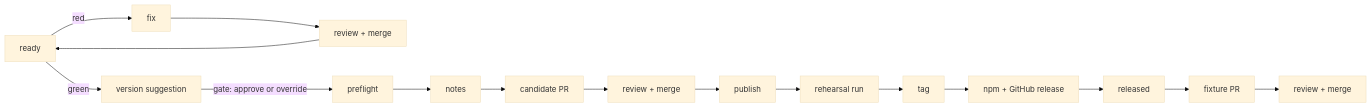
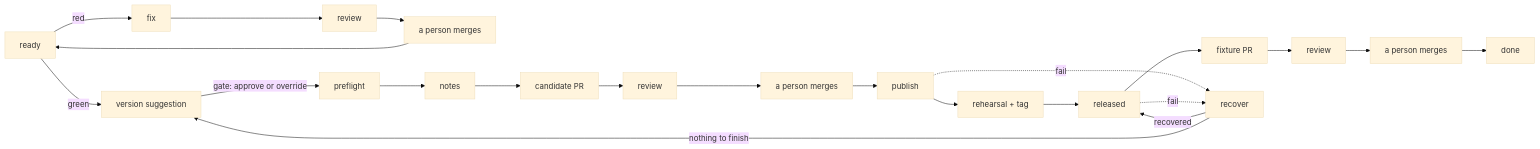
The diagram in docs/releasing.md (marvingygas/spoolway), drawn with Mermaid (base theme) before and after one commit. The commit also changed other lines of this file and 11 other files, not shown here.

Commit message:
chore(spoolway): run the release pipeline with a person only merging

````diff
--- a/docs/releasing.md
+++ b/docs/releasing.md
@@ -8,7 +8,11 @@
 ```mermaid
 flowchart LR
-  R[ready] -->|red| X[fix] --> M[review + merge] --> R
+  R[ready] -->|red| X[fix] --> M[review] --> W1[a person merges] --> R
   R -->|green| S[version suggestion] -->|gate: approve or override| A[preflight] --> B[notes]
-  B --> C[candidate PR] --> N[review + merge] --> P[publish]
-  P --> E[rehearsal run] --> F[tag] --> G[npm + GitHub release] --> V[released] --> Z[fixture PR] --> Q[review + merge]
+  B --> C[candidate PR] --> N[review] --> W2[a person merges] --> P[publish]
+  P --> E[rehearsal + tag] --> V[released] --> Z[fixture PR] --> Q[review] --> W3[a person merges] --> D[done]
+  P -.->|fail| RC[recover]
+  V -.->|fail| RC
+  RC -->|recovered| V
+  RC -->|nothing to finish| S
 ```
````
